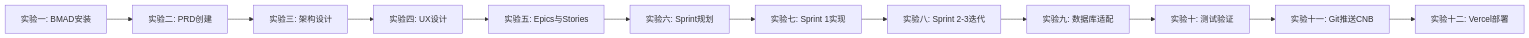
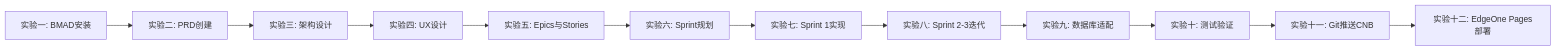
Before and after one commit to shawsicau-create/smartbanking: the first of 6 diagrams in 实验讲义 /BMAD-CRM系统开发实验手册.md, drawn with Mermaid. The commit also changed other lines of this file and 17 other files, not shown here.

````diff
--- a/实验讲义 /BMAD-CRM系统开发实验手册.md
+++ b/实验讲义 /BMAD-CRM系统开发实验手册.md
@@ -38,14 +38,14 @@
 ```mermaid
 graph LR
     A[实验一: BMAD安装] --> B[实验二: PRD创建]
     B --> C[实验三: 架构设计]
     C --> D[实验四: UX设计]
     D --> E[实验五: Epics与Stories]
     E --> F[实验六: Sprint规划]
     F --> G[实验七: Sprint 1实现]
     G --> H[实验八: Sprint 2-3迭代]
     H --> I[实验九: 数据库适配]
     I --> J[实验十: 测试验证]
     J --> K[实验十一: Git推送CNB]
-    K --> L[实验十二: Vercel部署]
+    K --> L[实验十二: EdgeOne Pages部署]
 ```
````
